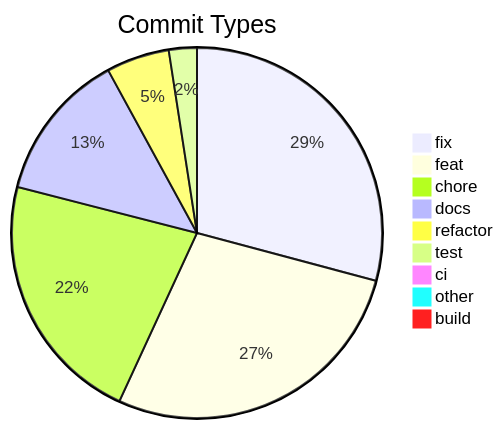
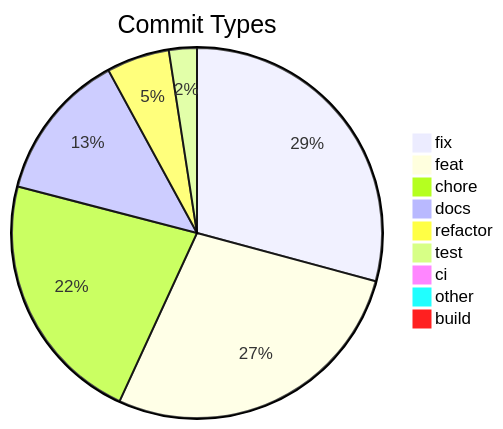
Before and after one commit to svenroth-ai/shipwright: the diagram in .shipwright/compliance/change-history.md, drawn with Mermaid. The commit also changed other lines of this file and 24 other files, not shown here.

````diff
--- a/.shipwright/compliance/change-history.md
+++ b/.shipwright/compliance/change-history.md
@@ -8,12 +8,12 @@
 ```mermaid
 pie title Commit Types
-    "fix" : 286
+    "fix" : 287
     "feat" : 272
-    "chore" : 217
+    "chore" : 218
     "docs" : 128
     "refactor" : 54
     "test" : 24
     "ci" : 7
     "other" : 7
     "build" : 1
 ```
````
